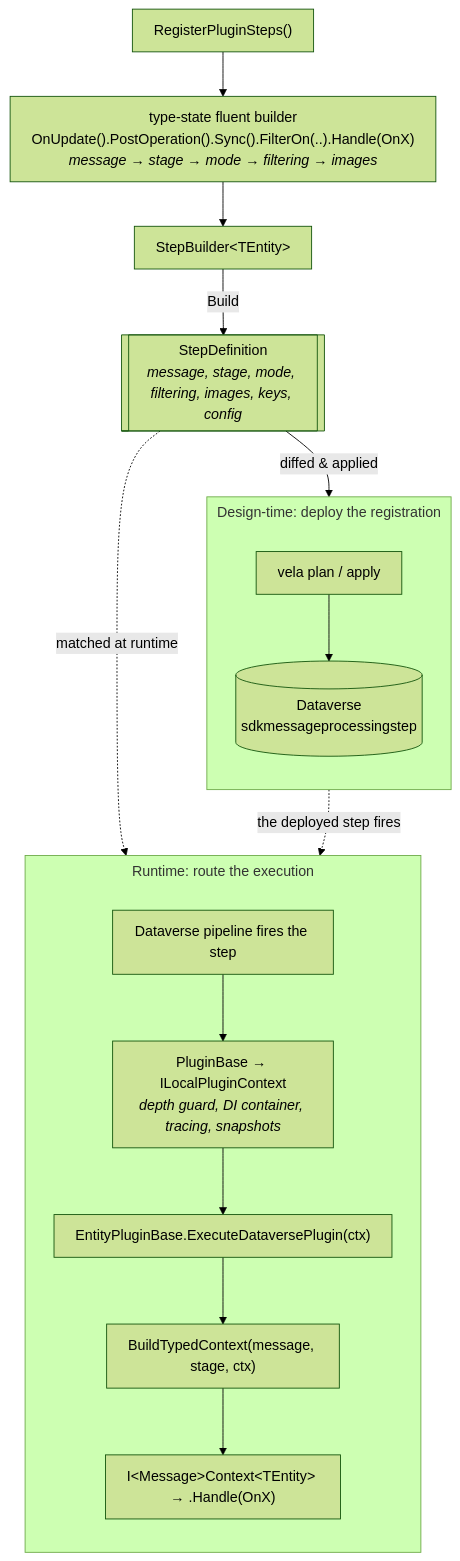
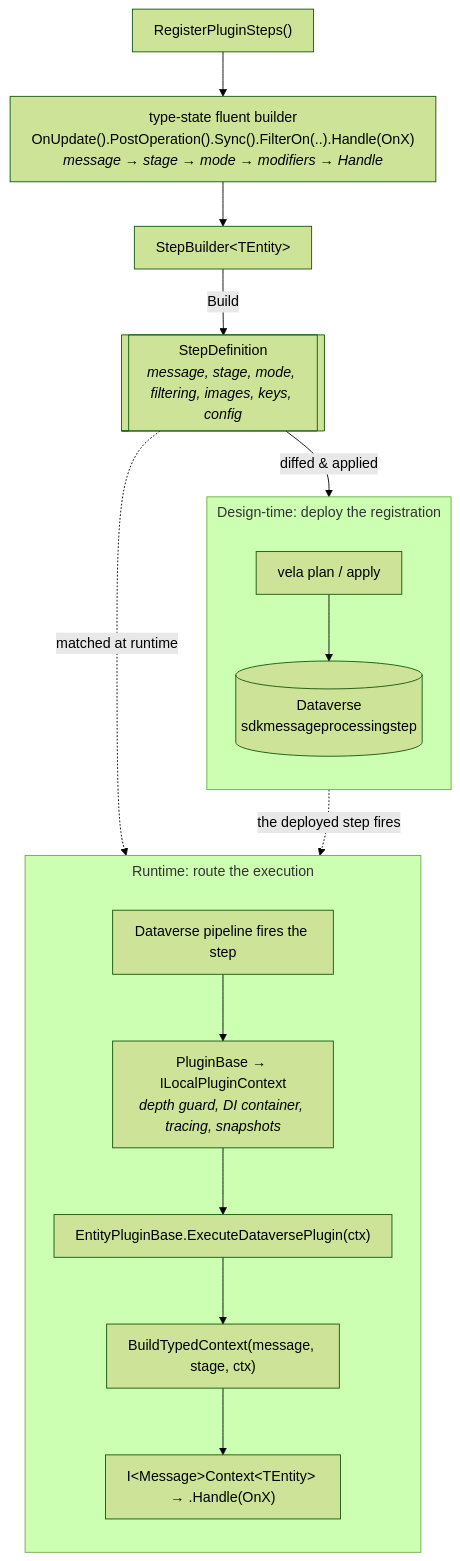
Before and after one commit to allandecastro/vela: the diagram in docs/advanced/architecture.md, drawn with Mermaid (forest theme). The commit also changed other lines of this file and 2 other files, not shown here.

First line of the commit message:
docs: architecture, contributing and quickstart match the current code

````diff
--- a/docs/advanced/architecture.md
+++ b/docs/advanced/architecture.md
@@ -54,31 +58,31 @@
 ```mermaid
 %%{init: {"flowchart": {"subGraphTitleMargin": {"top": 6, "bottom": 18}, "nodeSpacing": 45, "rankSpacing": 50, "padding": 12}}}%%
 flowchart TB
     A["RegisterPluginSteps()"]
-    B["type-state fluent builder<br/>OnUpdate().PostOperation().Sync().FilterOn(..).Handle(OnX)<br/><i>message → stage → mode → filtering → images</i>"]
+    B["type-state fluent builder<br/>OnUpdate().PostOperation().Sync().FilterOn(..).Handle(OnX)<br/><i>message → stage → mode → modifiers → Handle</i>"]
     C["StepBuilder&lt;TEntity&gt;"]
     SD[["StepDefinition<br/><i>message, stage, mode, filtering, images, keys, config</i>"]]
     A --> B --> C
     C -->|Build| SD
 
     subgraph deploy ["Design-time: deploy the registration"]
         direction TB
         E["vela plan / apply"]
         F[("Dataverse<br/>sdkmessageprocessingstep")]
         E --> F
     end
 
     subgraph runtime ["Runtime: route the execution"]
         direction TB
         G["Dataverse pipeline fires the step"]
         I["PluginBase → ILocalPluginContext<br/><i>depth guard, DI container, tracing, snapshots</i>"]
         K["EntityPluginBase.ExecuteDataversePlugin(ctx)"]
         L["BuildTypedContext(message, stage, ctx)"]
         N["I&lt;Message&gt;Context&lt;TEntity&gt; → .Handle(OnX)"]
         G --> I --> K --> L --> N
     end
 
     SD -->|diffed & applied| E
     SD -. "matched at runtime" .-> K
     F -. "the deployed step fires" .-> G
 ```
````
